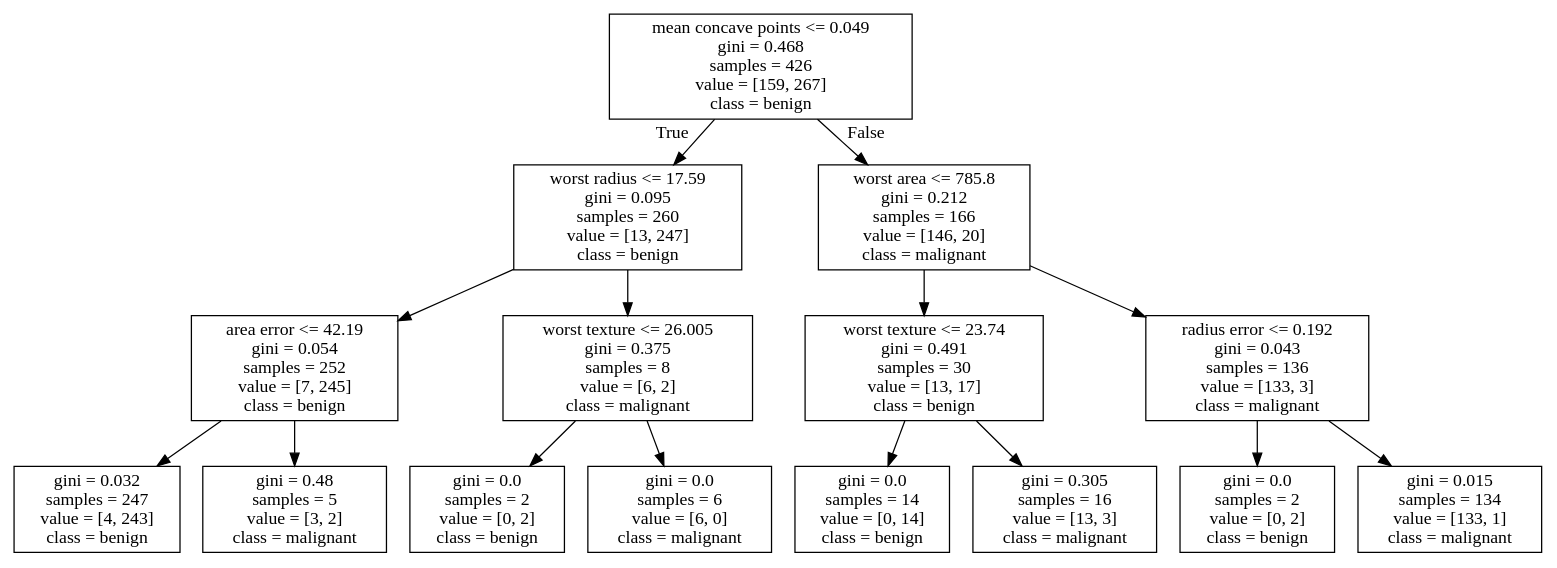
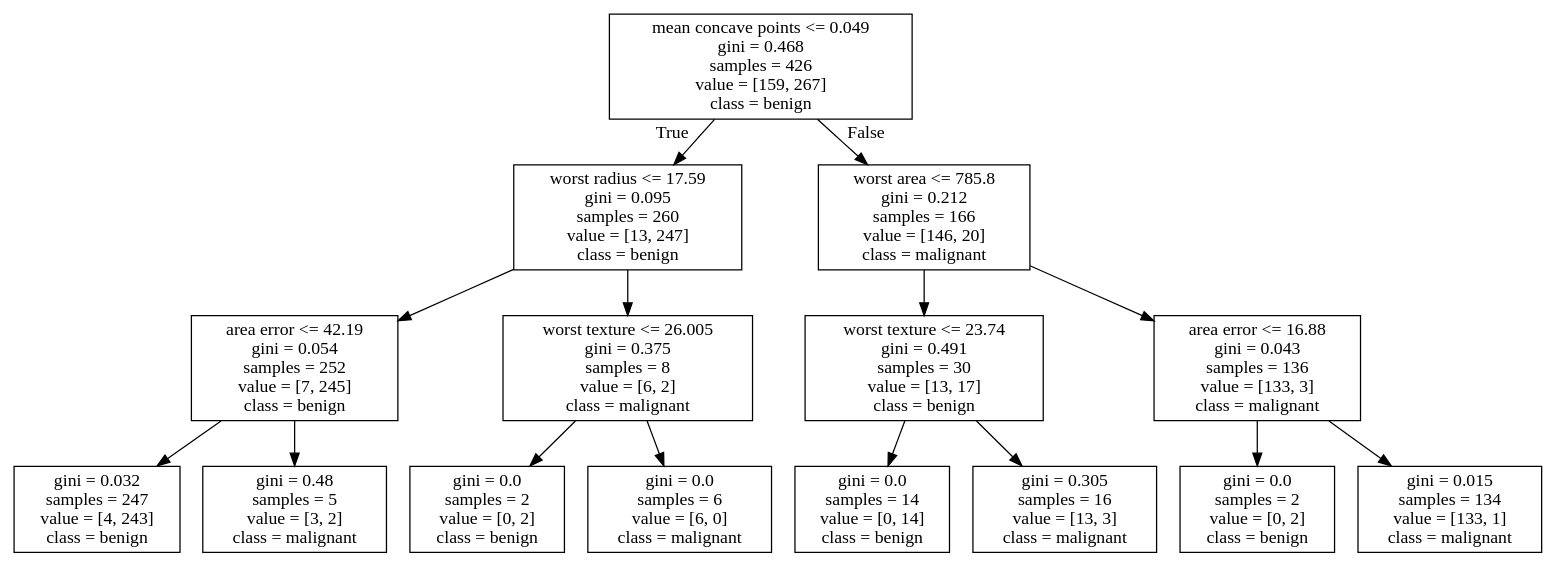
Before and after one commit to k821209/biostatistics: the diagram in dt.dot, drawn with Graphviz. The commit also changed 3 other files, not shown here.

```diff
--- a/dt.dot
+++ b/dt.dot
@@ -1,32 +1,32 @@
 digraph Tree {
 node [shape=box] ;
 0 [label="mean concave points <= 0.049\ngini = 0.468\nsamples = 426\nvalue = [159, 267]\nclass = benign"] ;
 1 [label="worst radius <= 17.59\ngini = 0.095\nsamples = 260\nvalue = [13, 247]\nclass = benign"] ;
 0 -> 1 [labeldistance=2.5, labelangle=45, headlabel="True"] ;
 2 [label="area error <= 42.19\ngini = 0.054\nsamples = 252\nvalue = [7, 245]\nclass = benign"] ;
 1 -> 2 ;
 3 [label="gini = 0.032\nsamples = 247\nvalue = [4, 243]\nclass = benign"] ;
 2 -> 3 ;
 4 [label="gini = 0.48\nsamples = 5\nvalue = [3, 2]\nclass = malignant"] ;
 2 -> 4 ;
 5 [label="worst texture <= 26.005\ngini = 0.375\nsamples = 8\nvalue = [6, 2]\nclass = malignant"] ;
 1 -> 5 ;
 6 [label="gini = 0.0\nsamples = 2\nvalue = [0, 2]\nclass = benign"] ;
 5 -> 6 ;
 7 [label="gini = 0.0\nsamples = 6\nvalue = [6, 0]\nclass = malignant"] ;
 5 -> 7 ;
 8 [label="worst area <= 785.8\ngini = 0.212\nsamples = 166\nvalue = [146, 20]\nclass = malignant"] ;
 0 -> 8 [labeldistance=2.5, labelangle=-45, headlabel="False"] ;
 9 [label="worst texture <= 23.74\ngini = 0.491\nsamples = 30\nvalue = [13, 17]\nclass = benign"] ;
 8 -> 9 ;
 10 [label="gini = 0.0\nsamples = 14\nvalue = [0, 14]\nclass = benign"] ;
 9 -> 10 ;
 11 [label="gini = 0.305\nsamples = 16\nvalue = [13, 3]\nclass = malignant"] ;
 9 -> 11 ;
-12 [label="radius error <= 0.192\ngini = 0.043\nsamples = 136\nvalue = [133, 3]\nclass = malignant"] ;
+12 [label="area error <= 16.88\ngini = 0.043\nsamples = 136\nvalue = [133, 3]\nclass = malignant"] ;
 8 -> 12 ;
 13 [label="gini = 0.0\nsamples = 2\nvalue = [0, 2]\nclass = benign"] ;
 12 -> 13 ;
 14 [label="gini = 0.015\nsamples = 134\nvalue = [133, 1]\nclass = malignant"] ;
 12 -> 14 ;
 }
```
